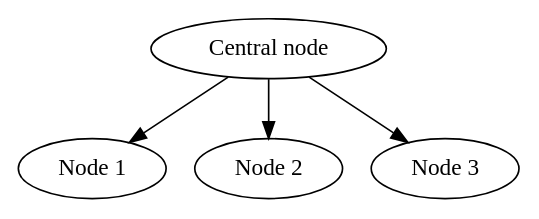
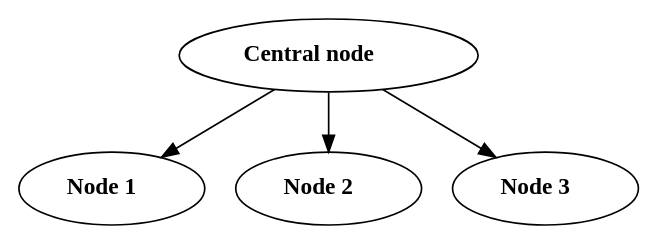
The diagram in data/test.dot (romilly/heimer-tools), drawn with Graphviz before and after one commit. The commit also changed 7 other files, not shown here.

```diff
--- a/data/test.dot
+++ b/data/test.dot
@@ -1,9 +1,9 @@
 digraph {
-    0 [label="Central node"];
-    1 [label="Node 1"];
-    2 [label="Node 2"];
-    3 [label="Node 3"];
+    0 [label = <<TABLE border="0"><TR><TD><B>Central node</B></TD></TR></TABLE>>];
+    1 [label = <<TABLE border="0"><TR><TD><B>Node 1</B></TD></TR></TABLE>>];
+    2 [label = <<TABLE border="0"><TR><TD><B>Node 2</B></TD></TR></TABLE>>];
+    3 [label = <<TABLE border="0"><TR><TD><B>Node 3</B></TD></TR></TABLE>>];
     0 -> 1;
     0 -> 2;
     0 -> 3;
 }
```
